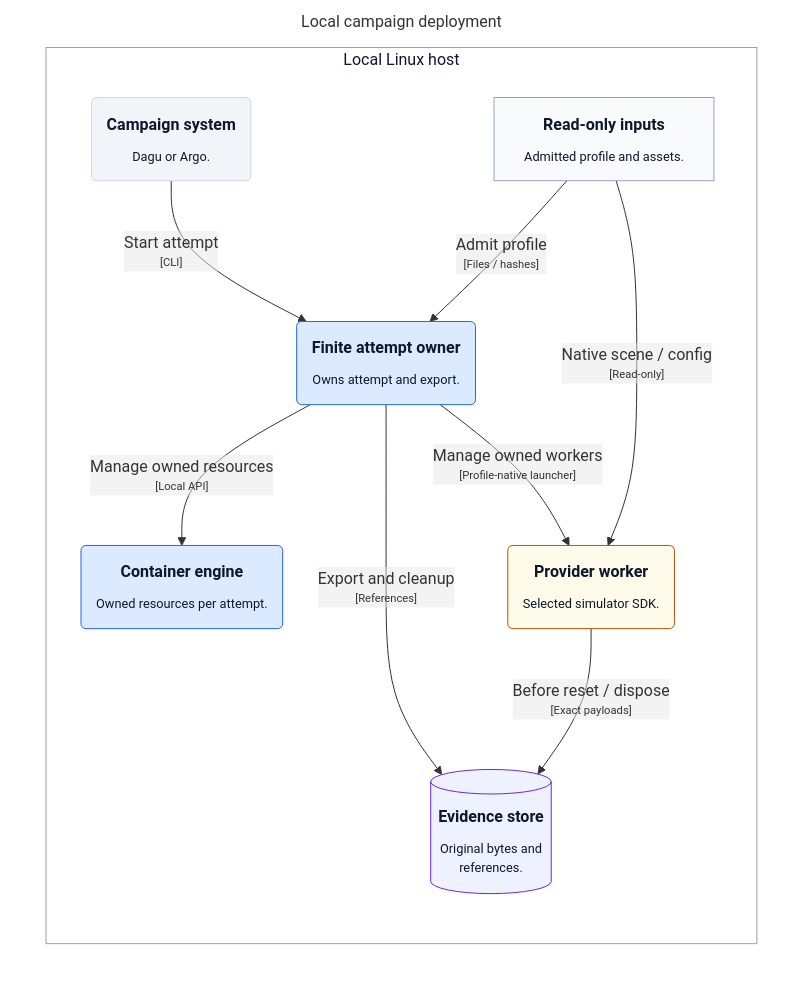
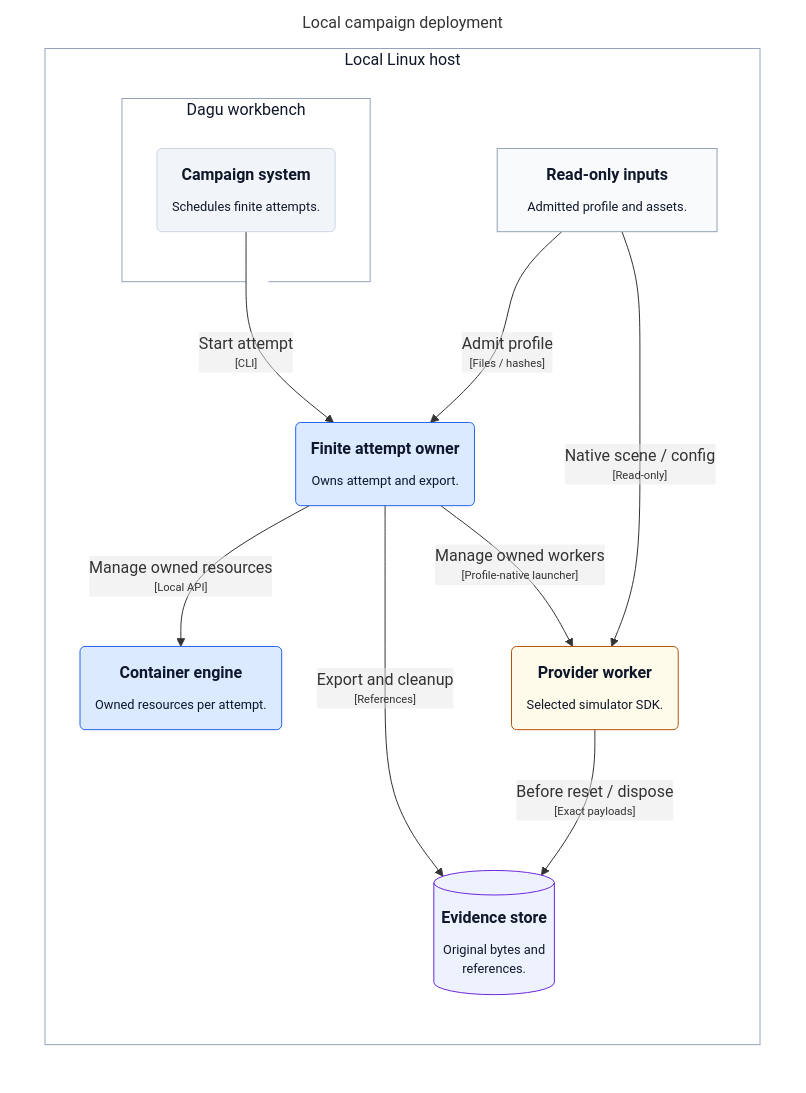
Before and after one commit to mmkolpakov/robotics-runtime: the diagram in docs/architecture/generated/structurizr-ExecutionDeployment.mmd, drawn with Mermaid. The commit also changed 11 other files, not shown here.

```diff
--- a/docs/architecture/generated/structurizr-ExecutionDeployment.mmd
+++ b/docs/architecture/generated/structurizr-ExecutionDeployment.mmd
@@ -1,32 +1,37 @@
 graph LR
   linkStyle default fill:#ffffff
 
   subgraph diagram ["Local campaign deployment"]
     style diagram fill:#ffffff,stroke:#ffffff
 
-    subgraph 85 ["Local Linux host"]
-      style 85 fill:#ffffff,stroke:#94a3b8,color:#0f172a
+    subgraph 86 ["Local Linux host"]
+      style 86 fill:#ffffff,stroke:#94a3b8,color:#0f172a
 
-      86("<div style='font-weight: bold'>Campaign system</div><div style='font-size: 80%; margin-top:10px'>Dagu or Argo.</div>")
-      style 86 fill:#f1f5f9,stroke:#cbd5e1,color:#0f172a
-      87["<div style='font-weight: bold'>Read-only inputs</div><div style='font-size: 80%; margin-top:10px'>Admitted profile and assets.</div>"]
-      style 87 fill:#f8fafc,stroke:#94a3b8,color:#0f172a
-      88("<div style='font-weight: bold'>Container engine</div><div style='font-size: 80%; margin-top:10px'>Owned resources per attempt.</div>")
-      style 88 fill:#dbeafe,stroke:#2563eb,color:#0f172a
-      89("<div style='font-weight: bold'>Finite attempt owner</div><div style='font-size: 80%; margin-top:10px'>Owns attempt and export.</div>")
-      style 89 fill:#dbeafe,stroke:#2563eb,color:#0f172a
-      91("<div style='font-weight: bold'>Provider worker</div><div style='font-size: 80%; margin-top:10px'>Selected simulator SDK.</div>")
-      style 91 fill:#fffbeb,stroke:#b45309,color:#0f172a
-      93[("<div style='font-weight: bold'>Evidence store</div><div style='font-size: 80%; margin-top:10px'>Original bytes and<br />references.</div>")]
-      style 93 fill:#eef2ff,stroke:#6d28d9,color:#0f172a
+      subgraph 87 ["Dagu workbench"]
+        style 87 fill:#ffffff,stroke:#94a3b8,color:#0f172a
+
+        88("<div style='font-weight: bold'>Campaign system</div><div style='font-size: 80%; margin-top:10px'>Schedules finite attempts.</div>")
+        style 88 fill:#f1f5f9,stroke:#cbd5e1,color:#0f172a
+      end
+
+      89["<div style='font-weight: bold'>Read-only inputs</div><div style='font-size: 80%; margin-top:10px'>Admitted profile and assets.</div>"]
+      style 89 fill:#f8fafc,stroke:#94a3b8,color:#0f172a
+      90("<div style='font-weight: bold'>Container engine</div><div style='font-size: 80%; margin-top:10px'>Owned resources per attempt.</div>")
+      style 90 fill:#dbeafe,stroke:#2563eb,color:#0f172a
+      91("<div style='font-weight: bold'>Finite attempt owner</div><div style='font-size: 80%; margin-top:10px'>Owns attempt and export.</div>")
+      style 91 fill:#dbeafe,stroke:#2563eb,color:#0f172a
+      93("<div style='font-weight: bold'>Provider worker</div><div style='font-size: 80%; margin-top:10px'>Selected simulator SDK.</div>")
+      style 93 fill:#fffbeb,stroke:#b45309,color:#0f172a
+      95[("<div style='font-weight: bold'>Evidence store</div><div style='font-size: 80%; margin-top:10px'>Original bytes and<br />references.</div>")]
+      style 95 fill:#eef2ff,stroke:#6d28d9,color:#0f172a
     end
 
-    86-- "<div>Start attempt</div><div style='font-size: 70%'>[CLI]</div>" -->89
-    89-- "<div>Manage owned workers</div><div style='font-size: 70%'>[Profile-native launcher]</div>" -->91
-    89-- "<div>Export and cleanup</div><div style='font-size: 70%'>[References]</div>" -->93
-    91-- "<div>Before reset / dispose</div><div style='font-size: 70%'>[Exact payloads]</div>" -->93
-    87-- "<div>Admit profile</div><div style='font-size: 70%'>[Files / hashes]</div>" -->89
-    87-- "<div>Native scene / config</div><div style='font-size: 70%'>[Read-only]</div>" -->91
-    89-- "<div>Manage owned resources</div><div style='font-size: 70%'>[Local API]</div>" -->88
+    91-- "<div>Manage owned resources</div><div style='font-size: 70%'>[Local API]</div>" -->90
+    88-- "<div>Start attempt</div><div style='font-size: 70%'>[CLI]</div>" -->91
+    91-- "<div>Manage owned workers</div><div style='font-size: 70%'>[Profile-native launcher]</div>" -->93
+    91-- "<div>Export and cleanup</div><div style='font-size: 70%'>[References]</div>" -->95
+    93-- "<div>Before reset / dispose</div><div style='font-size: 70%'>[Exact payloads]</div>" -->95
+    89-- "<div>Admit profile</div><div style='font-size: 70%'>[Files / hashes]</div>" -->91
+    89-- "<div>Native scene / config</div><div style='font-size: 70%'>[Read-only]</div>" -->93
 
   end
```
